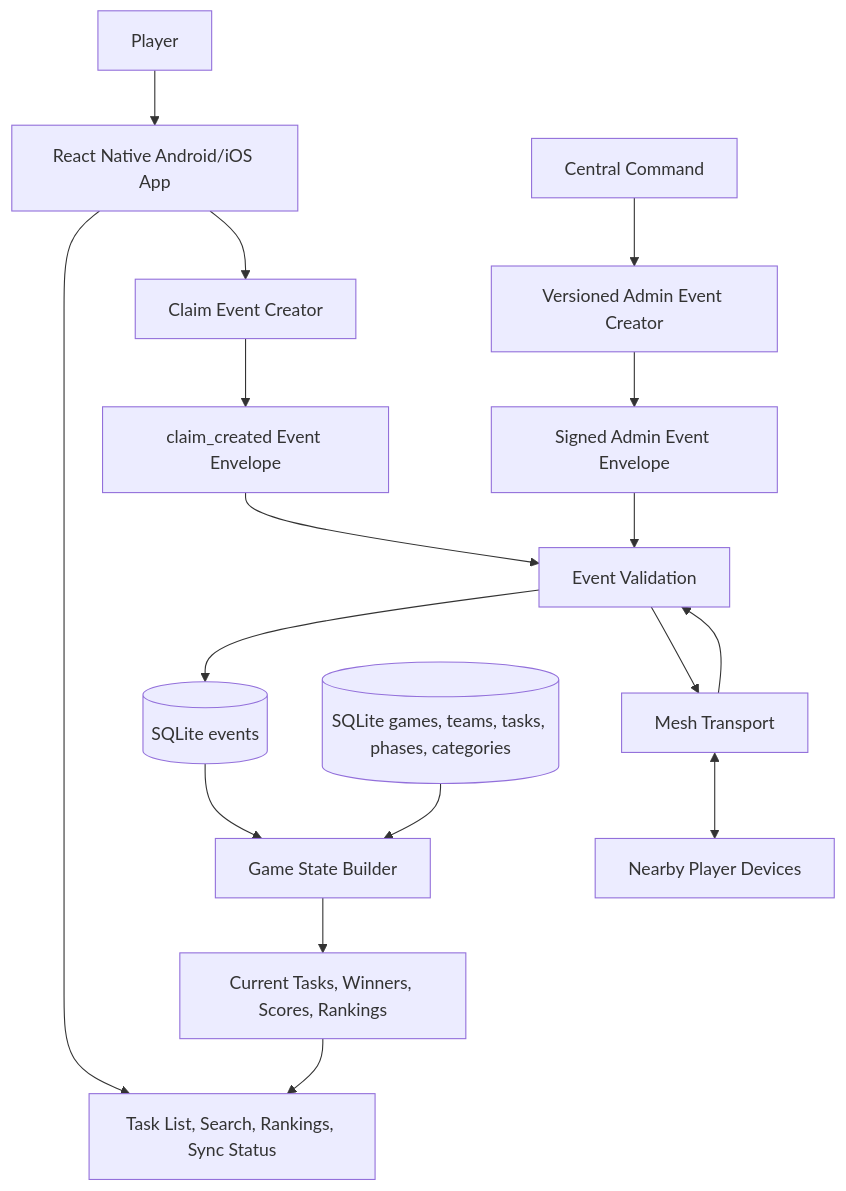
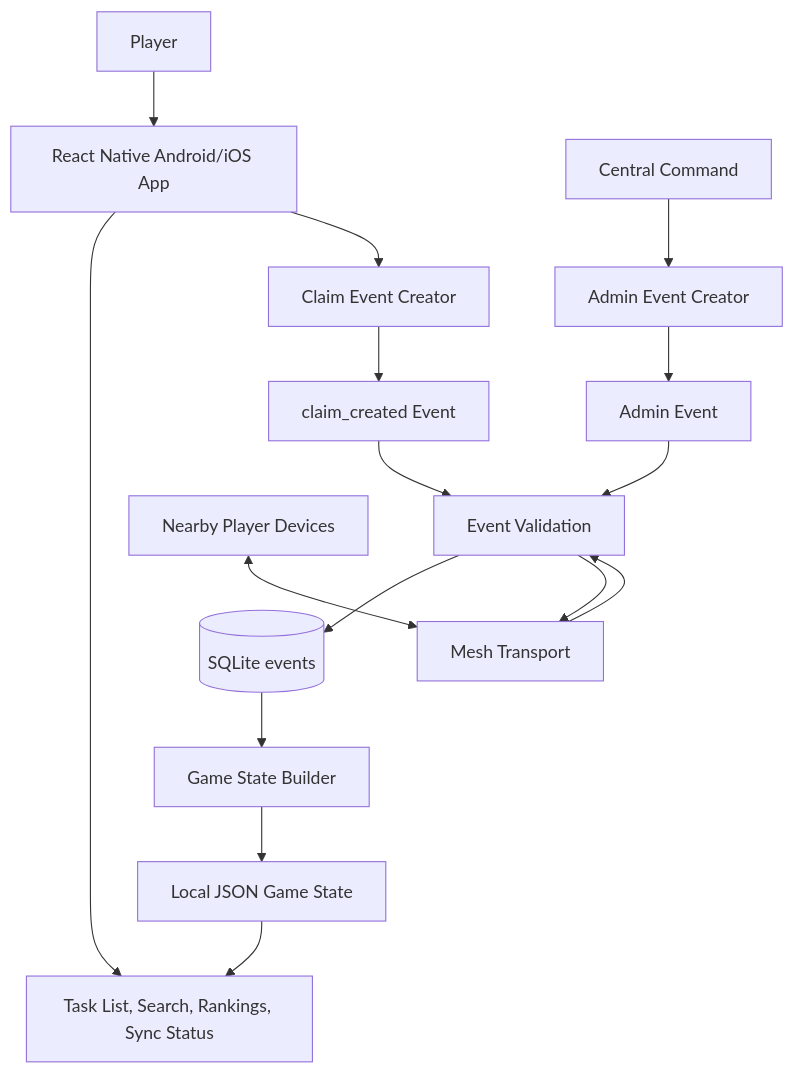
One commit to Gabriel-Gerdes/HumanHaunt changed the first of 5 diagrams in docs/design-doc-v1.md. Above: the diagram before and after it, drawn with Mermaid. The commit also changed other lines of this file, not shown here.

````diff
--- a/docs/design-doc-v1.md
+++ b/docs/design-doc-v1.md
@@ -102,22 +104,21 @@
 ```mermaid
 flowchart TD
   player[Player] --> rn_app[React Native Android/iOS App]
   rn_app --> ui[Task List, Search, Rankings, Sync Status]
   rn_app --> claim_creator[Claim Event Creator]
-  claim_creator --> claim_envelope[claim_created Event Envelope]
+  claim_creator --> claim_event[claim_created Event]
 
-  central[Central Command] --> admin_creator[Versioned Admin Event Creator]
-  admin_creator --> admin_envelope[Signed Admin Event Envelope]
+  central[Central Command] --> admin_creator[Admin Event Creator]
+  admin_creator --> admin_event[Admin Event]
 
-  claim_envelope --> validator[Event Validation]
-  admin_envelope --> validator
-  mesh[Mesh Transport] <--> peers[Nearby Player Devices]
+  claim_event --> validator[Event Validation]
+  admin_event --> validator
+  peers[Nearby Player Devices] <--> mesh[Mesh Transport]
   mesh --> validator
   validator --> events[(SQLite events)]
   validator --> mesh
 
   events --> builder[Game State Builder]
-  seed[(SQLite games, teams, tasks, phases, categories)] --> builder
-  builder --> current_state[Current Tasks, Winners, Scores, Rankings]
-  current_state --> ui
+  builder --> state_doc[Local JSON Game State]
+  state_doc --> ui
 ```
````
